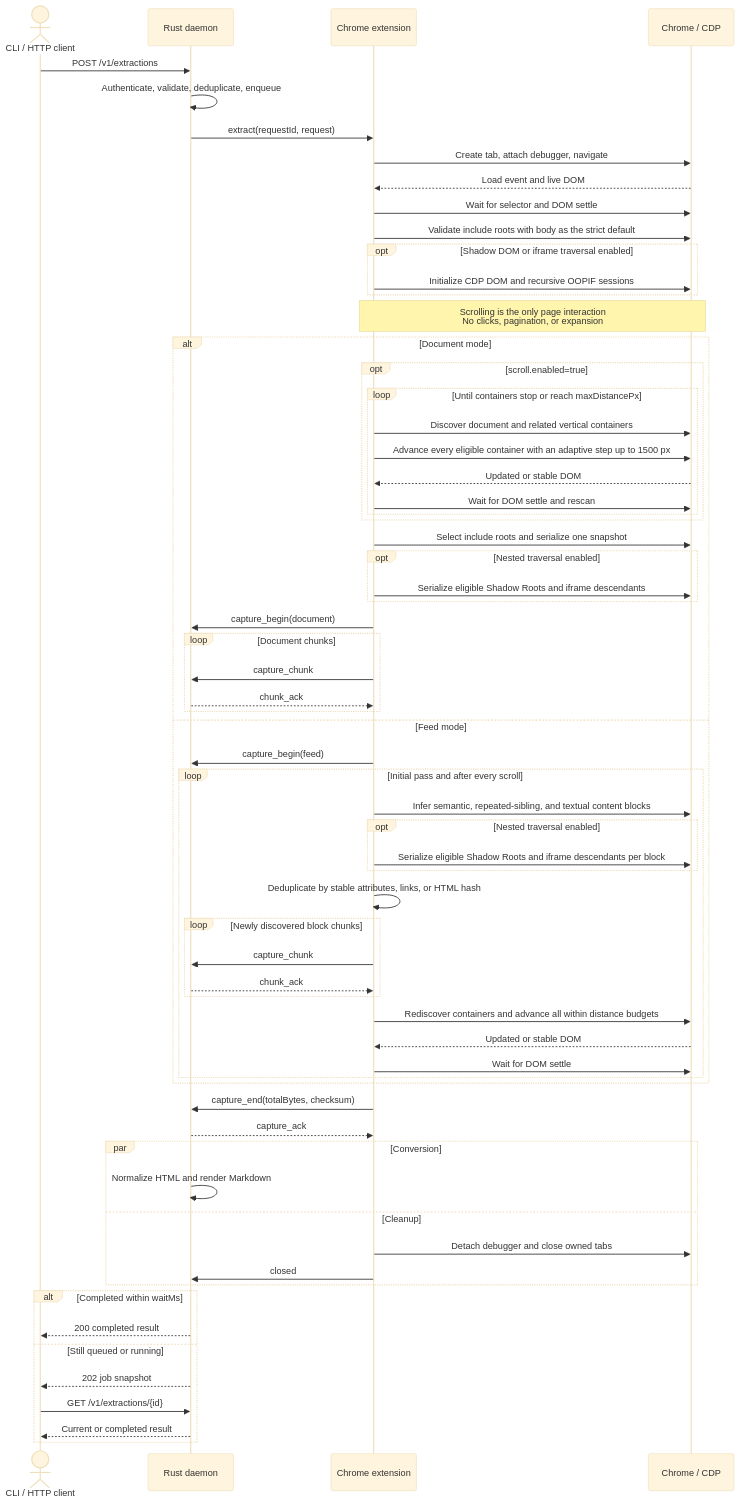
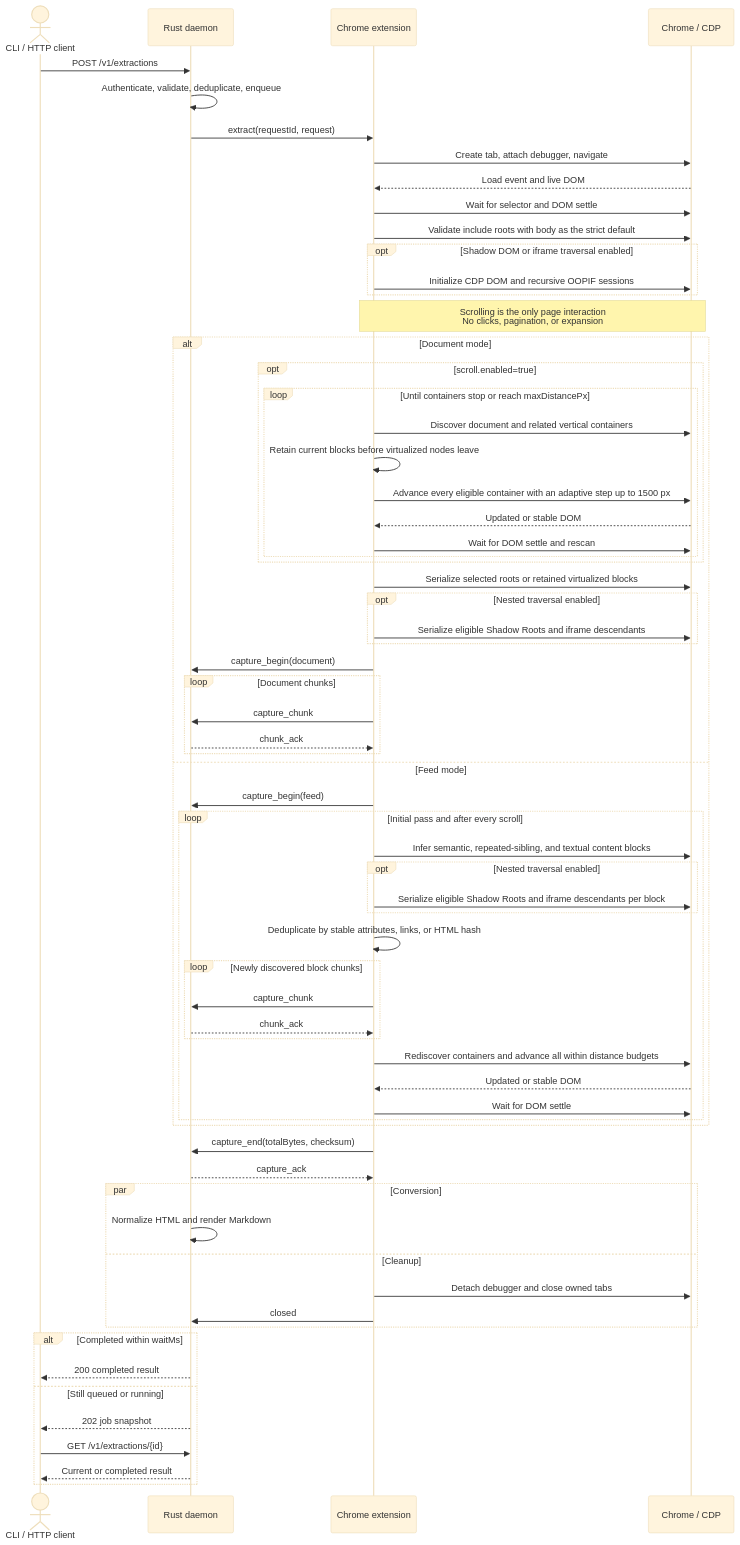
One commit to Joey-Kot/Browser-Extractor changed the second of 5 diagrams in README.md. Above: the diagram before and after it, drawn with Mermaid (base theme). The commit also changed other lines of this file and 22 other files, not shown here.

First line of the commit message:
fix(extension): preserve images and virtualized content in background tabs

````diff
--- a/README.md
+++ b/README.md
@@ -76,69 +76,70 @@
 ```mermaid
 sequenceDiagram
     actor Client as CLI / HTTP client
     participant Daemon as Rust daemon
     participant Extension as Chrome extension
     participant Chrome as Chrome / CDP
 
     Client->>Daemon: POST /v1/extractions
     Daemon->>Daemon: Authenticate, validate, deduplicate, enqueue
     Daemon->>Extension: extract(requestId, request)
     Extension->>Chrome: Create tab, attach debugger, navigate
     Chrome-->>Extension: Load event and live DOM
     Extension->>Chrome: Wait for selector and DOM settle
     Extension->>Chrome: Validate include roots with body as the strict default
     opt Shadow DOM or iframe traversal enabled
         Extension->>Chrome: Initialize CDP DOM and recursive OOPIF sessions
     end
     Note over Extension,Chrome: Scrolling is the only page interaction<br/>No clicks, pagination, or expansion
     alt Document mode
         opt scroll.enabled=true
             loop Until containers stop or reach maxDistancePx
                 Extension->>Chrome: Discover document and related vertical containers
+                Extension->>Extension: Retain current blocks before virtualized nodes leave
                 Extension->>Chrome: Advance every eligible container with an adaptive step up to 1500 px
                 Chrome-->>Extension: Updated or stable DOM
                 Extension->>Chrome: Wait for DOM settle and rescan
             end
         end
-        Extension->>Chrome: Select include roots and serialize one snapshot
+        Extension->>Chrome: Serialize selected roots or retained virtualized blocks
         opt Nested traversal enabled
             Extension->>Chrome: Serialize eligible Shadow Roots and iframe descendants
         end
         Extension->>Daemon: capture_begin(document)
         loop Document chunks
             Extension->>Daemon: capture_chunk
             Daemon-->>Extension: chunk_ack
         end
     else Feed mode
         Extension->>Daemon: capture_begin(feed)
         loop Initial pass and after every scroll
             Extension->>Chrome: Infer semantic, repeated-sibling, and textual content blocks
             opt Nested traversal enabled
                 Extension->>Chrome: Serialize eligible Shadow Roots and iframe descendants per block
             end
             Extension->>Extension: Deduplicate by stable attributes, links, or HTML hash
             loop Newly discovered block chunks
                 Extension->>Daemon: capture_chunk
                 Daemon-->>Extension: chunk_ack
             end
             Extension->>Chrome: Rediscover containers and advance all within distance budgets
             Chrome-->>Extension: Updated or stable DOM
             Extension->>Chrome: Wait for DOM settle
         end
     end
     Extension->>Daemon: capture_end(totalBytes, checksum)
     Daemon-->>Extension: capture_ack
     par Conversion
         Daemon->>Daemon: Normalize HTML and render Markdown
     and Cleanup
         Extension->>Chrome: Detach debugger and close owned tabs
         Extension->>Daemon: closed
     end
     alt Completed within waitMs
         Daemon-->>Client: 200 completed result
     else Still queued or running
         Daemon-->>Client: 202 job snapshot
         Client->>Daemon: GET /v1/extractions/{id}
         Daemon-->>Client: Current or completed result
     end
 ```
````
